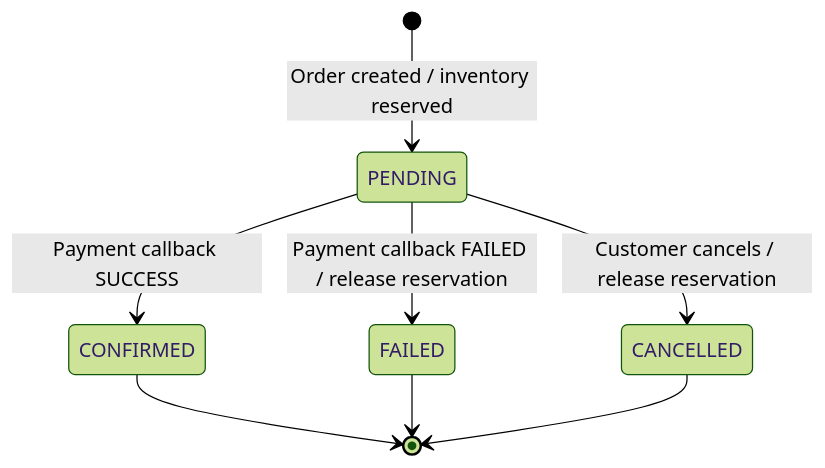
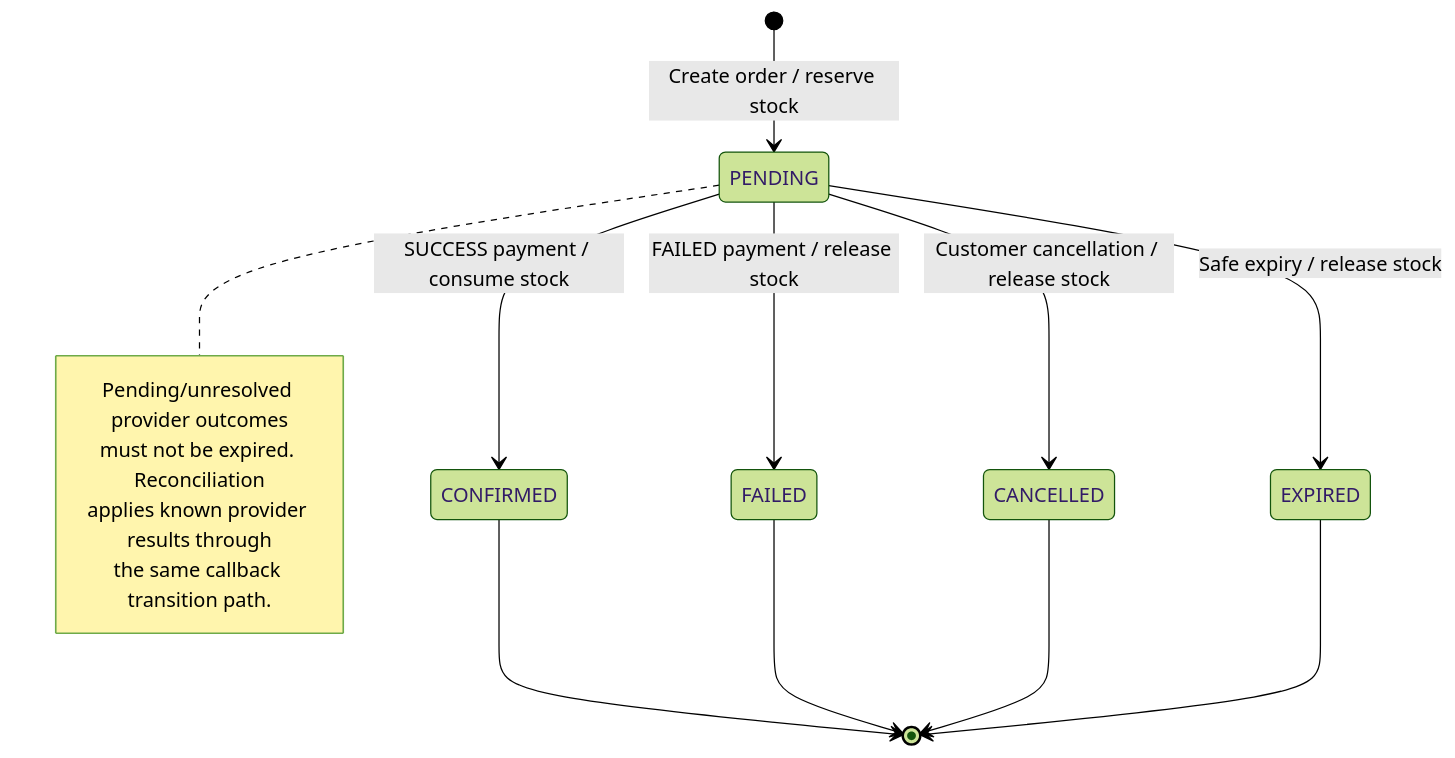
The diagram in docs/diagrams/ORDER_PAYMENT_STATE.mmd (manmohansharma21/orderflow), drawn with Mermaid (forest theme) before and after one commit. The commit also changed 39 other files, not shown here.

```diff
--- a/docs/diagrams/ORDER_PAYMENT_STATE.mmd
+++ b/docs/diagrams/ORDER_PAYMENT_STATE.mmd
@@ -1,8 +1,16 @@
 stateDiagram-v2
-    [*] --> PENDING: Order created / inventory reserved
-    PENDING --> CONFIRMED: Payment callback SUCCESS
-    PENDING --> FAILED: Payment callback FAILED / release reservation
-    PENDING --> CANCELLED: Customer cancels / release reservation
+    [*] --> PENDING: Create order / reserve stock
+    PENDING --> CONFIRMED: SUCCESS payment / consume stock
+    PENDING --> FAILED: FAILED payment / release stock
+    PENDING --> CANCELLED: Customer cancellation / release stock
+    PENDING --> EXPIRED: Safe expiry / release stock
+    note right of PENDING
+      Pending/unresolved provider outcomes
+      must not be expired. Reconciliation
+      applies known provider results through
+      the same callback transition path.
+    end note
     CONFIRMED --> [*]
     FAILED --> [*]
     CANCELLED --> [*]
+    EXPIRED --> [*]
```
